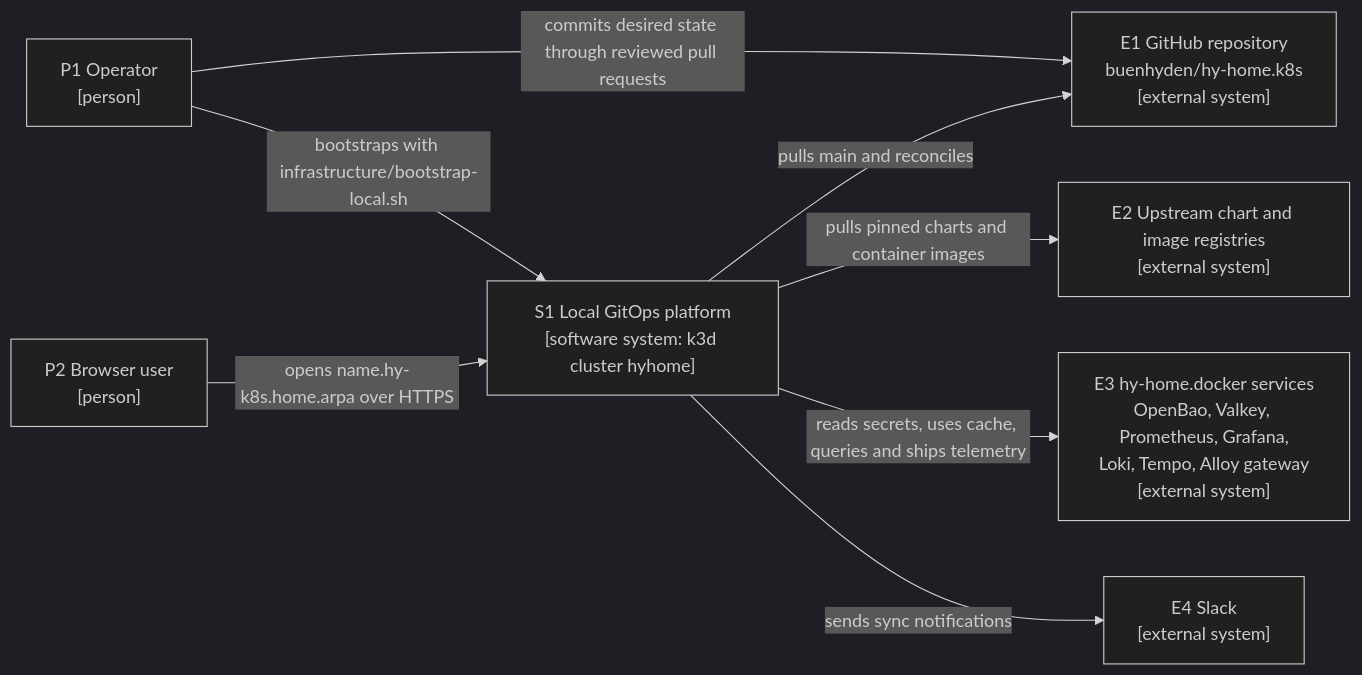
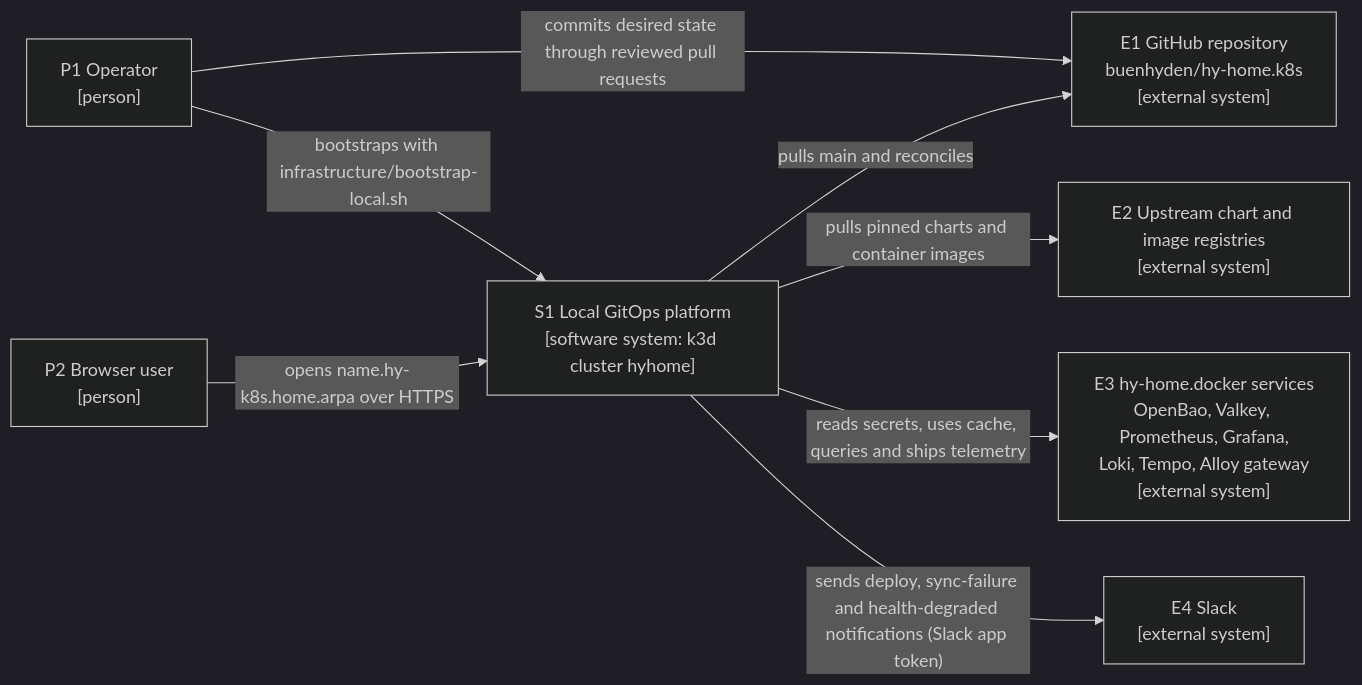
One commit to buenhyden/hy-home.k8s changed the first of 2 diagrams in docs/02.architecture/descriptions/0007-current-local-gitops-platform.md. Above: the diagram before and after it, drawn with Mermaid (dark theme). The commit also changed other lines of this file and 38 other files, not shown here.

````diff
--- a/docs/02.architecture/descriptions/0007-current-local-gitops-platform.md
+++ b/docs/02.architecture/descriptions/0007-current-local-gitops-platform.md
@@ -98,17 +96,17 @@
 ```mermaid
 flowchart LR
   P1["P1 Operator<br/>[person]"]
   P2["P2 Browser user<br/>[person]"]
   S1["S1 Local GitOps platform<br/>[software system: k3d cluster hyhome]"]
   E1["E1 GitHub repository<br/>buenhyden/hy-home.k8s<br/>[external system]"]
   E2["E2 Upstream chart and image registries<br/>[external system]"]
   E3["E3 hy-home.docker services<br/>OpenBao, Valkey, Prometheus, Grafana,<br/>Loki, Tempo, Alloy gateway<br/>[external system]"]
   E4["E4 Slack<br/>[external system]"]
   P1 -->|"commits desired state through reviewed pull requests"| E1
   P1 -->|"bootstraps with infrastructure/bootstrap-local.sh"| S1
   P2 -->|"opens name.hy-k8s.home.arpa over HTTPS"| S1
   S1 -->|"pulls main and reconciles"| E1
   S1 -->|"pulls pinned charts and container images"| E2
   S1 -->|"reads secrets, uses cache, queries and ships telemetry"| E3
-  S1 -->|"sends sync notifications"| E4
+  S1 -->|"sends deploy, sync-failure and health-degraded notifications (Slack app token)"| E4
 ```
````
